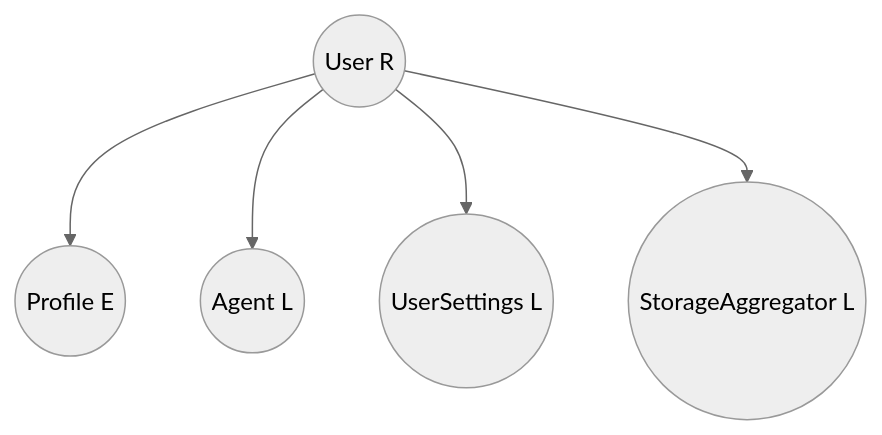
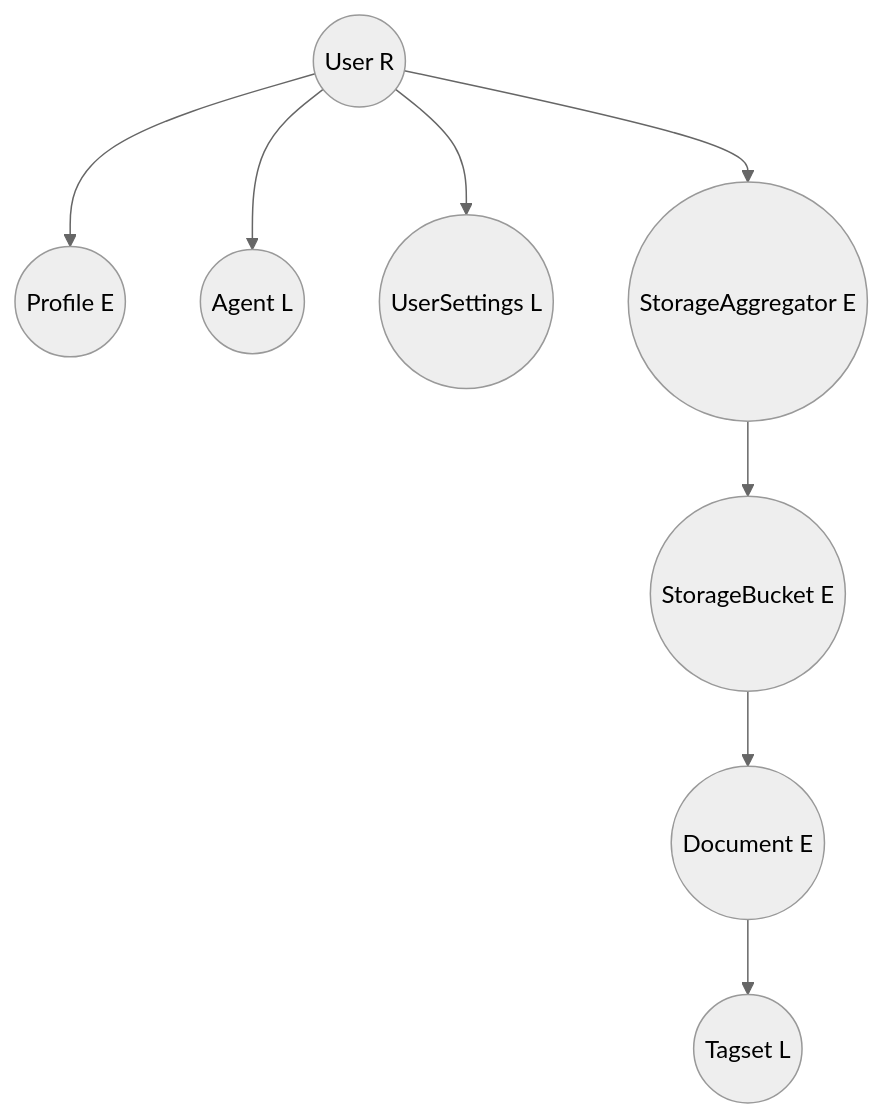
The third of 12 diagrams in docs/authorization-forest.md (alkem-io/server), drawn with Mermaid (neutral theme) before and after one commit. The commit also changed other lines of this file and 1 other file, not shown here.

````diff
--- a/docs/authorization-forest.md
+++ b/docs/authorization-forest.md
@@ -54,7 +54,11 @@
 ```mermaid
 graph TD
 	User((User R)) --> UserProfile((Profile E))
-	User --> UserAgent((Agent L))
-	User --> UserSettings((UserSettings L))
-	User --> UserStorageAggregator((StorageAggregator L))
+	User((User R)) --> UserAgent((Agent L))
+	User((User R)) --> UserSettings((UserSettings L))
+	User((User R)) --> UserStorageAggregator((StorageAggregator E))
+	UserStorageAggregator --> UserStorageBucket((StorageBucket E))
+	UserStorageBucket --> UserDocument((Document E))
+	UserDocument --> UserTagset((Tagset L))
+	%% Profile internal children (see Profile Detail)
 ```
````
